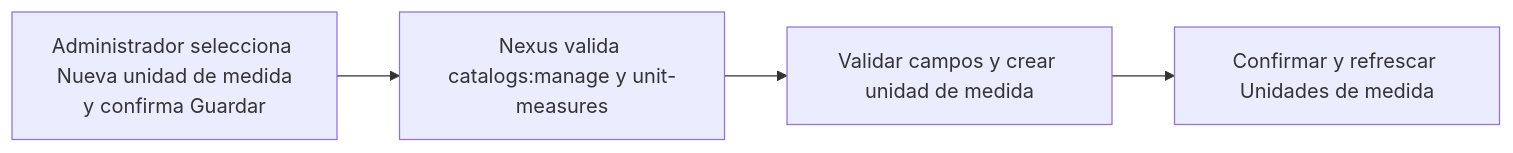
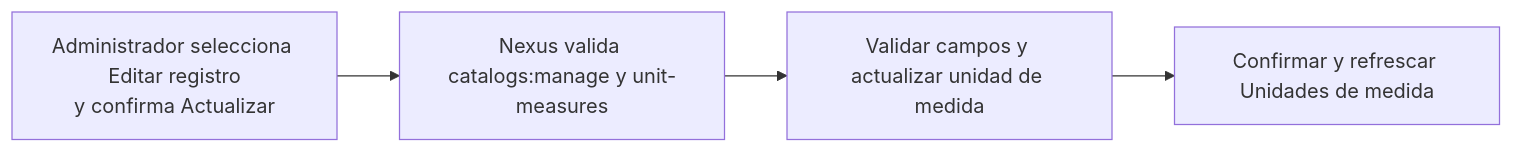
Before and after one commit to gpgsistemas01/nexus: the diagram in docs/requirements/diagrams/catalogs/cu-cat-20.md, drawn with Mermaid. The commit also changed other lines of this file and 167 other files, not shown here.

````diff
--- a/docs/requirements/diagrams/catalogs/cu-cat-20.md
+++ b/docs/requirements/diagrams/catalogs/cu-cat-20.md
@@ -3,6 +3,6 @@
 ```mermaid
 flowchart LR
-    request["Administrador selecciona Nueva unidad de medida<br/>y confirma Guardar"] --> authorize["Nexus valida catalogs:manage y unit-measures"]
-    authorize --> persist["Validar campos y crear unidad de medida"]
+    request["Administrador selecciona Editar registro<br/>y confirma Actualizar"] --> authorize["Nexus valida catalogs:manage y unit-measures"]
+    authorize --> persist["Validar campos y actualizar unidad de medida"]
     persist --> result["Confirmar y refrescar Unidades de medida"]
 ```
````
